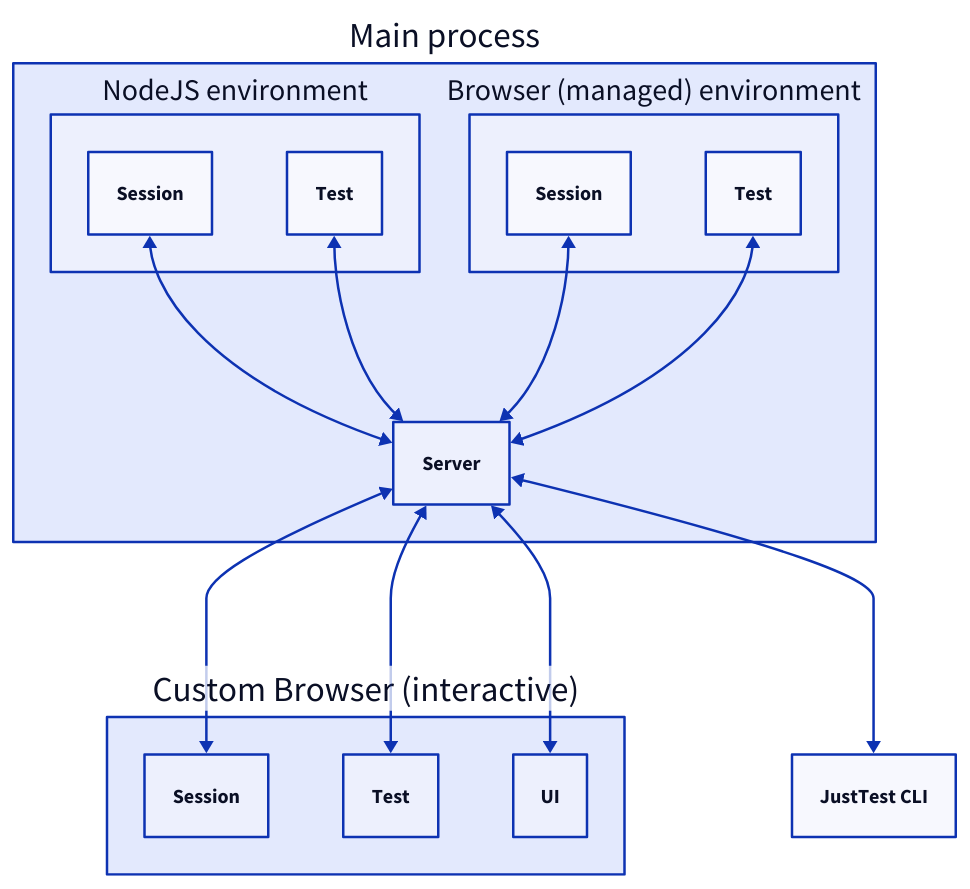
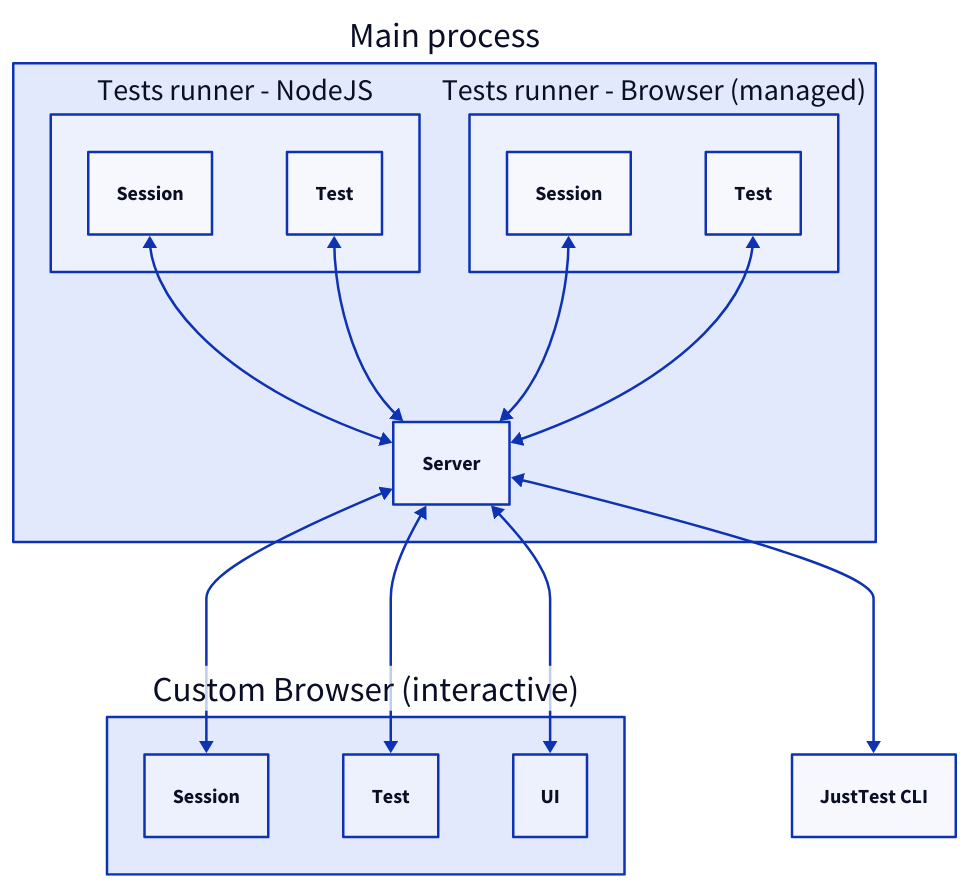
Before and after one commit to gullerya/just-test: the diagram in docs/architecture.d2, drawn with D2. The commit also changed 1 other file, not shown here.

```diff
--- a/docs/architecture.d2
+++ b/docs/architecture.d2
@@ -1,31 +1,31 @@
 interactive-browser: Custom Browser (interactive) {
   Session
   Test
   UI
 }
 
 cli-process: JustTest CLI
 
 just-test-process: Main process {
   server: Server
 
-  client-nodejs: NodeJS environment {
+  client-nodejs: Tests runner - NodeJS {
     Session
     Test
   }
 
-  client-browser: Browser (managed) environment {
+  client-browser: Tests runner - Browser (managed) {
     Session
     Test
   }
 
   client-nodejs.session <-> server
   client-nodejs.test <-> server
   client-browser.session <-> server
   client-browser.test <-> server
 }
 
 just-test-process.server <-> interactive-browser.session
 just-test-process.server <-> interactive-browser.test
 just-test-process.server <-> interactive-browser.ui
 just-test-process.server <-> cli-process
```
